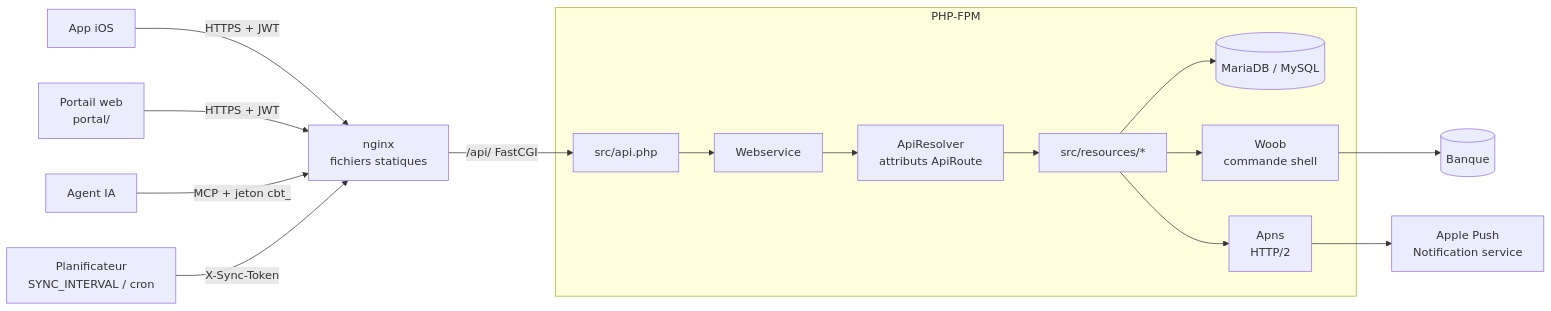
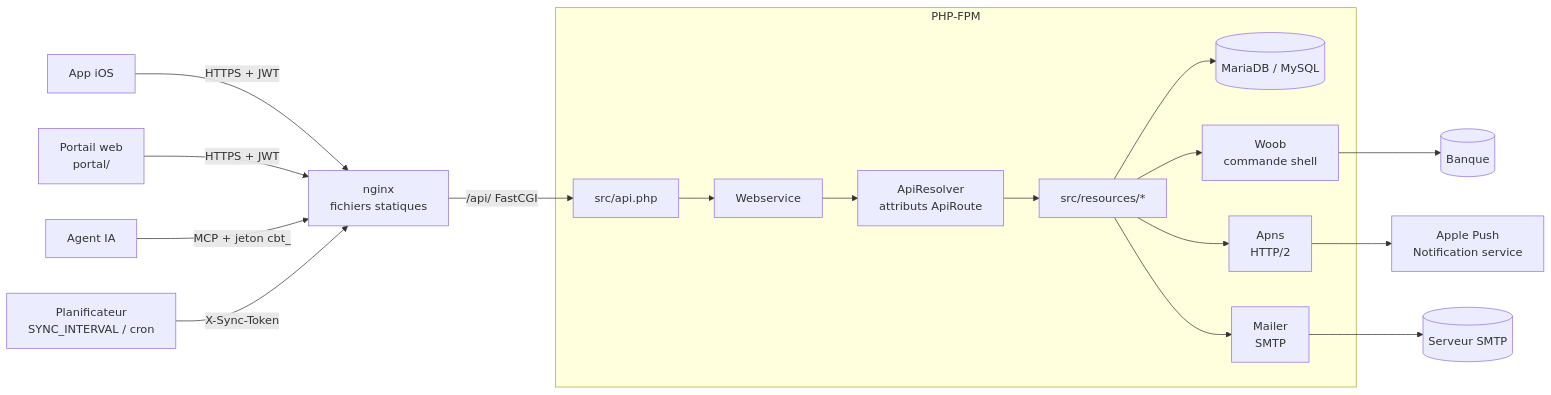
The first of 4 diagrams in docs/architecture.md (ltoinel/Carbure), drawn with Mermaid before and after one commit. The commit also changed other lines of this file and 11 other files, not shown here.

````diff
--- a/docs/architecture.md
+++ b/docs/architecture.md
@@ -11,18 +11,20 @@
 ```mermaid
 flowchart LR
     ios[App iOS] -->|HTTPS + JWT| nginx
     portal["Portail web<br/>portal/"] -->|HTTPS + JWT| nginx
     agent[Agent IA] -->|MCP + jeton cbt_| nginx
     cron[Planificateur<br/>SYNC_INTERVAL / cron] -->|X-Sync-Token| nginx
     nginx[nginx<br/>fichiers statiques] -->|/api/ FastCGI| api
     subgraph serveur[PHP-FPM]
         api["src/api.php"] --> ws[Webservice]
         ws --> resolver["ApiResolver<br/>attributs ApiRoute"]
         resolver --> res["src/resources/*"]
         res --> db[(MariaDB / MySQL)]
         res --> woob[Woob<br/>commande shell]
         res --> apns[Apns<br/>HTTP/2]
+        res --> mailer[Mailer<br/>SMTP]
     end
     woob --> banque[(Banque)]
     apns --> apple[Apple Push<br/>Notification service]
+    mailer --> smtp[(Serveur SMTP)]
 ```
````
